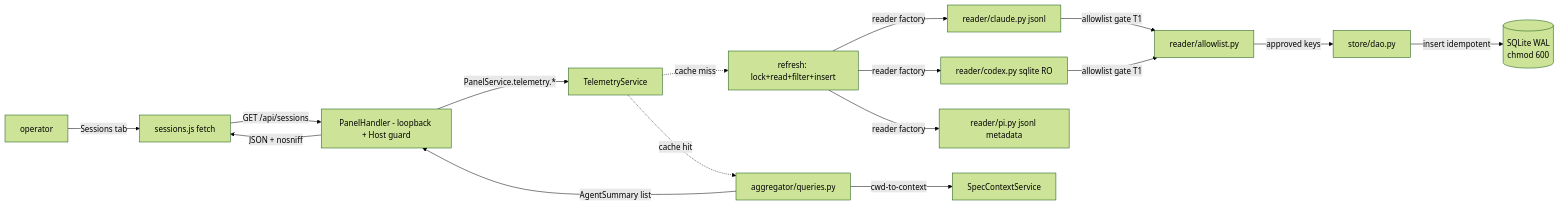
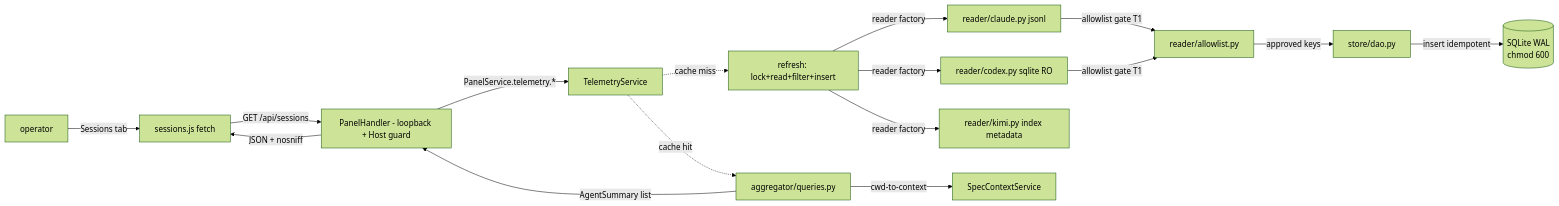
Before and after one commit to marcoaureliomenezes/dadaia-workspace: the diagram in specs/memory/product/agents/agent-monitoring.md, drawn with Mermaid (forest theme). The commit also changed other lines of this file and 30 other files, not shown here.

First line of the commit message:
feat(harness)!: complete PI-agent removal — memory/prose/goldens; Kimi telemetry reader + adapter; per-harness model picker

````diff
--- a/specs/memory/product/agents/agent-monitoring.md
+++ b/specs/memory/product/agents/agent-monitoring.md
@@ -42,18 +42,18 @@
 ```mermaid
 flowchart LR
     OP[operator] -->|Sessions tab| JS[sessions.js fetch]
     JS -->|GET /api/sessions| H[PanelHandler - loopback + Host guard]
     H -->|PanelService.telemetry.*| SVC[TelemetryService]
     SVC -.cache miss.-> RFR[refresh: lock+read+filter+insert]
     RFR -->|reader factory| CR[reader/claude.py jsonl]
     RFR -->|reader factory| CX[reader/codex.py sqlite RO]
-    RFR -->|reader factory| PIr[reader/pi.py jsonl metadata]
+    RFR -->|reader factory| KIr[reader/kimi.py index metadata]
     CR -->|allowlist gate T1| ALW[reader/allowlist.py]
     CX -->|allowlist gate T1| ALW
     ALW -->|approved keys| DAO[store/dao.py]
     DAO -->|insert idempotent| DB[(SQLite WAL\nchmod 600)]
     SVC -.cache hit.-> AGG[aggregator/queries.py]
     AGG -->|cwd-to-context| SCS[SpecContextService]
     AGG -->|AgentSummary list| H
     H -->|JSON + nosniff| JS
 ```
````
